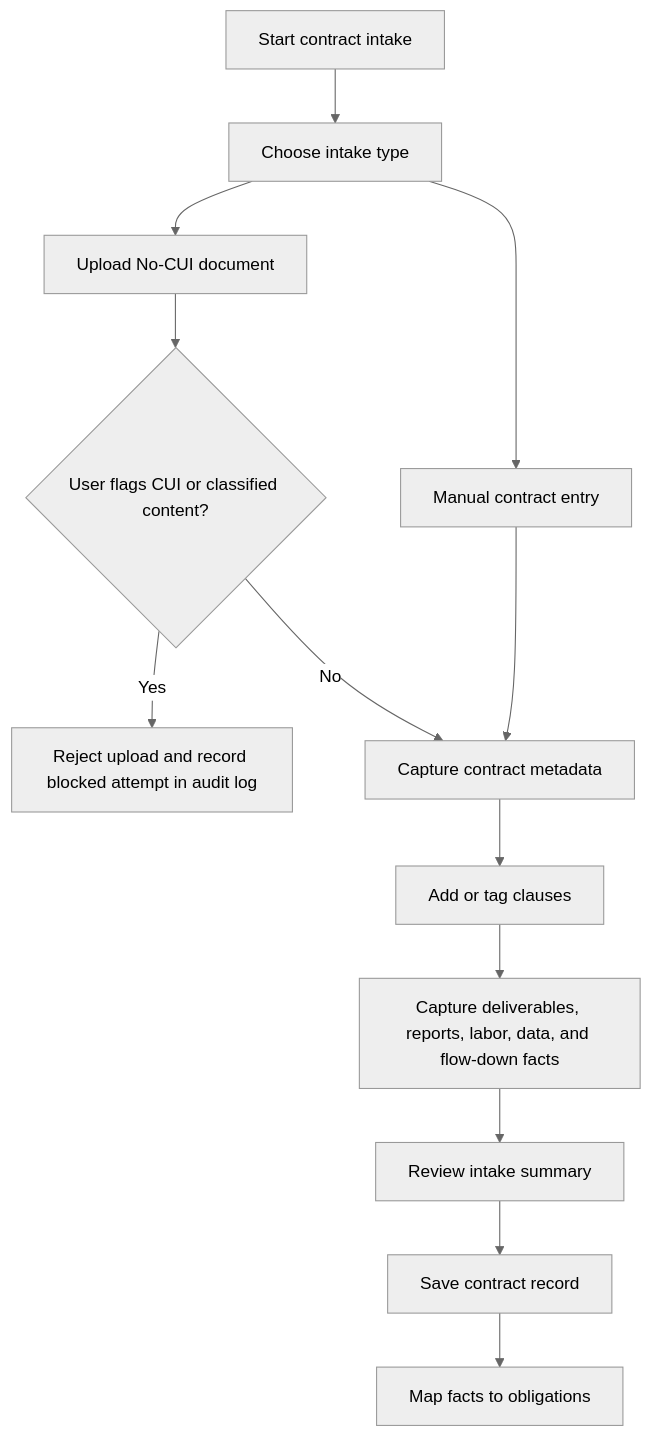
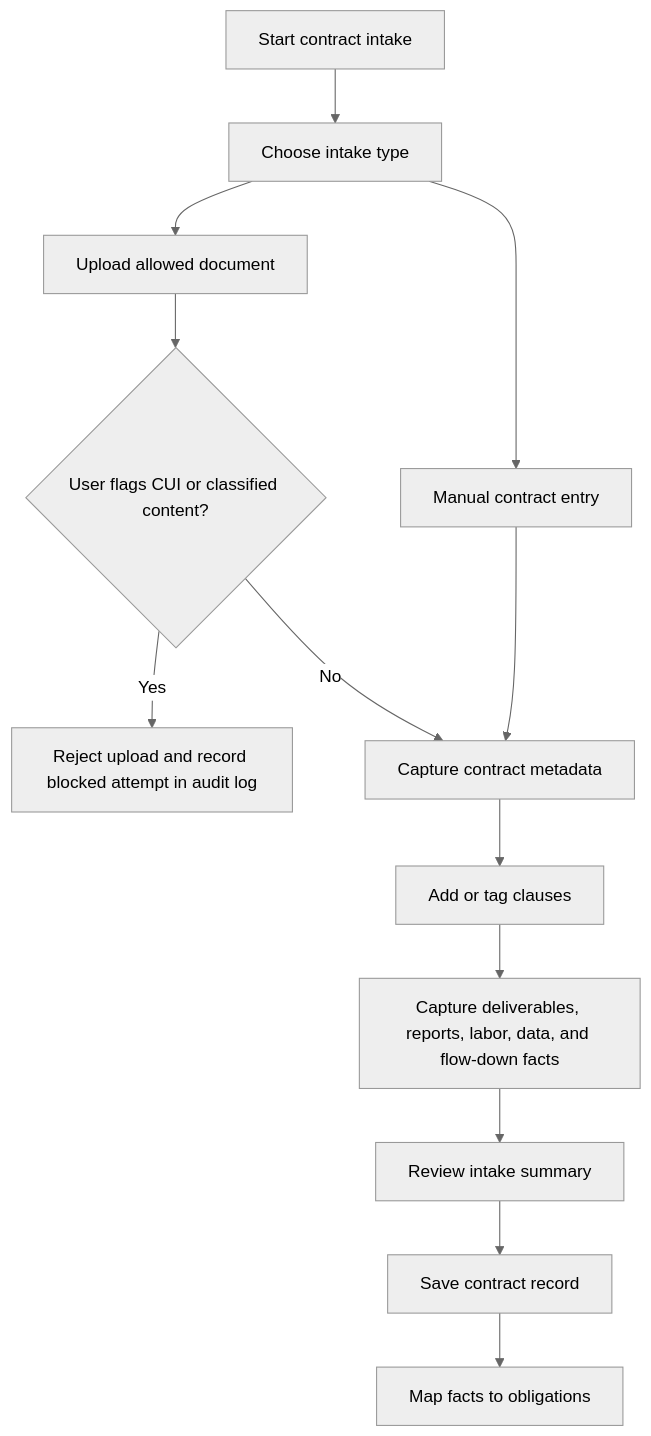
Before and after one commit to samurab/Gccs: the third of 8 diagrams in docs/design-flow-diagrams.md, drawn with Mermaid (neutral theme). The commit also changed other lines of this file and 34 other files, not shown here.

````diff
--- a/docs/design-flow-diagrams.md
+++ b/docs/design-flow-diagrams.md
@@ -77,28 +77,28 @@
 ```mermaid
 flowchart TD
     start["Start contract intake"]
     choose["Choose intake type"]
     manual["Manual contract entry"]
-    upload["Upload No-CUI document"]
+    upload["Upload allowed document"]
     cuiCheck{"User flags CUI or classified content?"}
     rejected["Reject upload and record blocked attempt in audit log"]
     metadata["Capture contract metadata"]
     clauses["Add or tag clauses"]
     deliverables["Capture deliverables, reports, labor, data, and flow-down facts"]
     review["Review intake summary"]
     save["Save contract record"]
     map["Map facts to obligations"]
 
     start --> choose
     choose --> manual
     choose --> upload
     upload --> cuiCheck
     cuiCheck -->|"Yes"| rejected
     cuiCheck -->|"No"| metadata
     manual --> metadata
     metadata --> clauses
     clauses --> deliverables
     deliverables --> review
     review --> save
     save --> map
 ```
````
